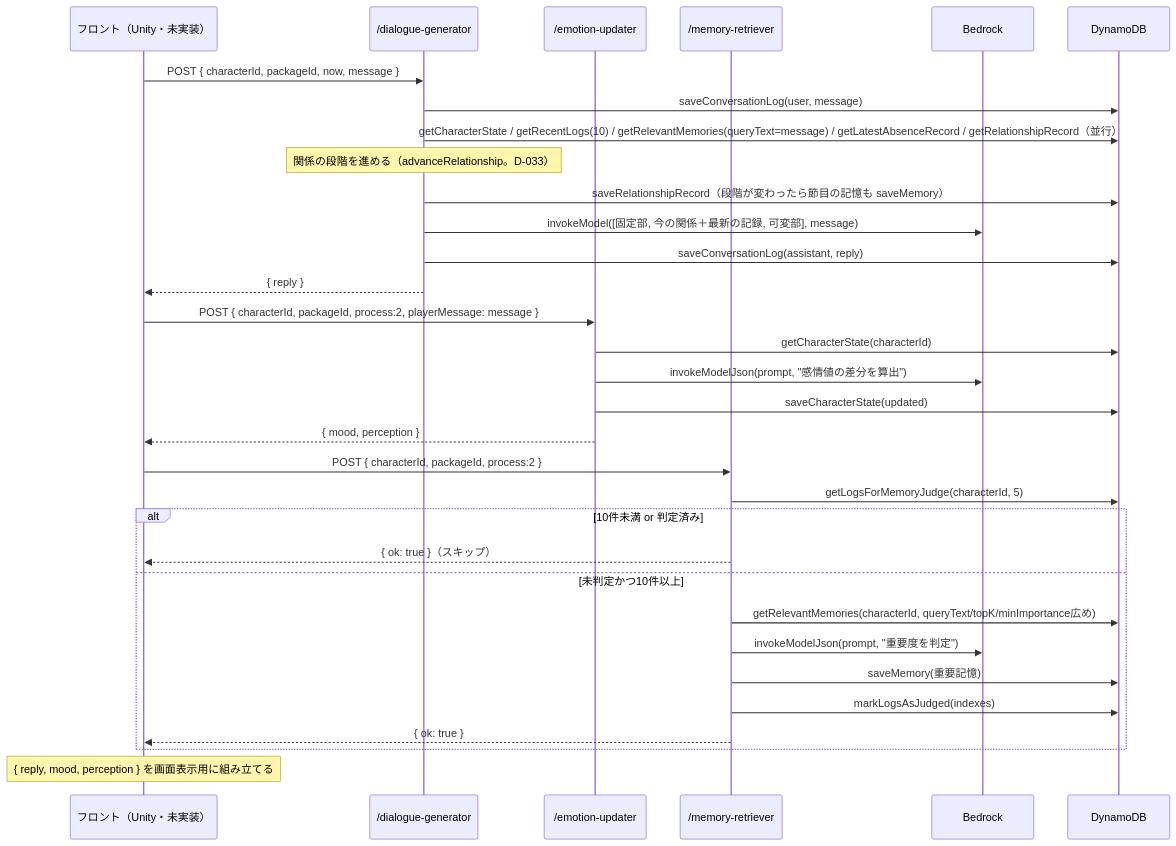
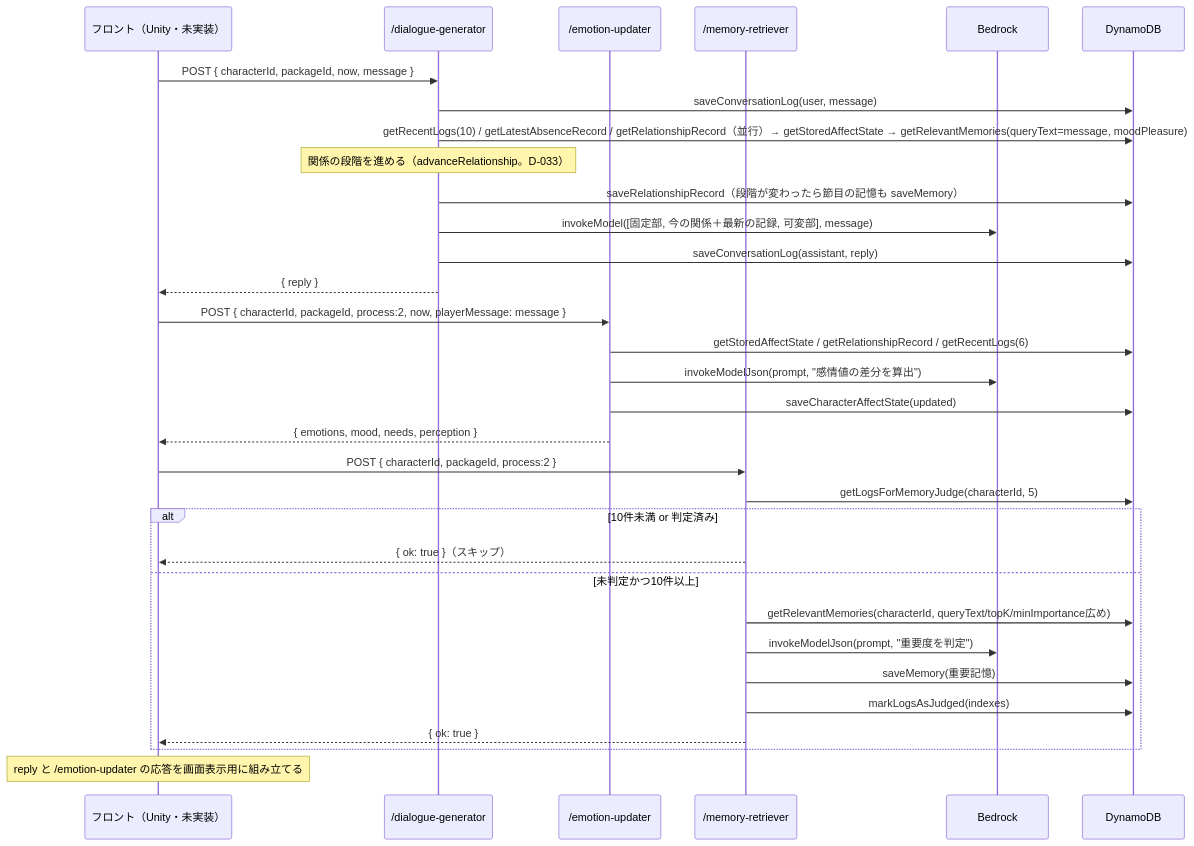
The sixth of 10 diagrams in README.md (yatohana1231-ux/vtuber-simulator-api), drawn with Mermaid before and after one commit. The commit also changed other lines of this file and 117 other files, not shown here.

````diff
--- a/README.md
+++ b/README.md
@@ -334,38 +334,38 @@
 ```mermaid
 sequenceDiagram
     participant Front as フロント（Unity・未実装）
     participant DG as /dialogue-generator
     participant EU as /emotion-updater
     participant MR as /memory-retriever
     participant BK as Bedrock
     participant DB as DynamoDB
 
     Front->>DG: POST { characterId, packageId, now, message }
     DG->>DB: saveConversationLog(user, message)
-    DG->>DB: getCharacterState / getRecentLogs(10) / getRelevantMemories(queryText=message) / getLatestAbsenceRecord / getRelationshipRecord（並行）
+    DG->>DB: getRecentLogs(10) / getLatestAbsenceRecord / getRelationshipRecord（並行）→ getStoredAffectState → getRelevantMemories(queryText=message, moodPleasure)
     Note over DG: 関係の段階を進める（advanceRelationship。D-033）
     DG->>DB: saveRelationshipRecord（段階が変わったら節目の記憶も saveMemory）
     DG->>BK: invokeModel([固定部, 今の関係＋最新の記録, 可変部], message)
     DG->>DB: saveConversationLog(assistant, reply)
     DG-->>Front: { reply }
 
-    Front->>EU: POST { characterId, packageId, process:2, playerMessage: message }
-    EU->>DB: getCharacterState(characterId)
+    Front->>EU: POST { characterId, packageId, process:2, now, playerMessage: message }
+    EU->>DB: getStoredAffectState / getRelationshipRecord / getRecentLogs(6)
     EU->>BK: invokeModelJson(prompt, "感情値の差分を算出")
-    EU->>DB: saveCharacterState(updated)
-    EU-->>Front: { mood, perception }
+    EU->>DB: saveCharacterAffectState(updated)
+    EU-->>Front: { emotions, mood, needs, perception }
 
     Front->>MR: POST { characterId, packageId, process:2 }
     MR->>DB: getLogsForMemoryJudge(characterId, 5)
     alt 10件未満 or 判定済み
         MR-->>Front: { ok: true }（スキップ）
     else 未判定かつ10件以上
         MR->>DB: getRelevantMemories(characterId, queryText/topK/minImportance広め)
         MR->>BK: invokeModelJson(prompt, "重要度を判定")
         MR->>DB: saveMemory(重要記憶)
         MR->>DB: markLogsAsJudged(indexes)
         MR-->>Front: { ok: true }
     end
 
-    Note over Front: { reply, mood, perception } を画面表示用に組み立てる
+    Note over Front: reply と /emotion-updater の応答を画面表示用に組み立てる
 ```
````
